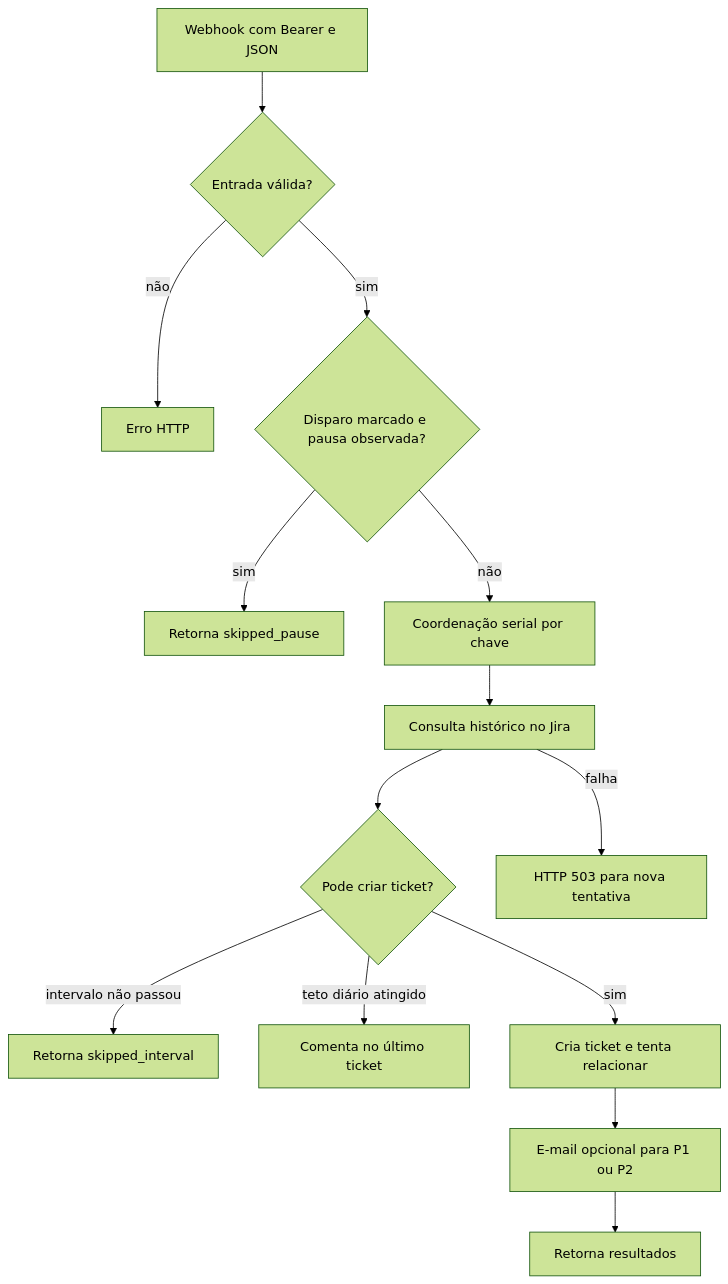
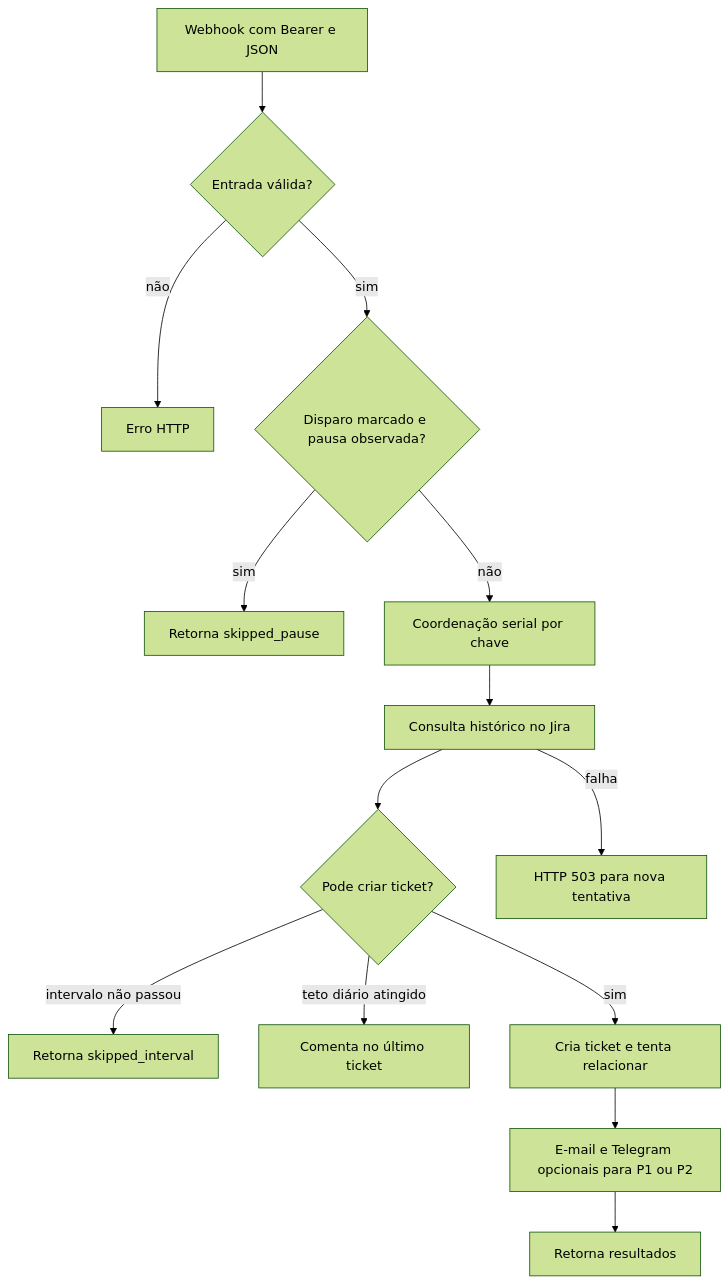
One commit to Solierrr/docs-warehouse changed the diagram in readme/repositories/worker-alerts/flows/ALERT_INGESTION.md. Above: the diagram before and after it, drawn with Mermaid (forest theme). The commit also changed other lines of this file and 8 other files, not shown here.

````diff
--- a/readme/repositories/worker-alerts/flows/ALERT_INGESTION.md
+++ b/readme/repositories/worker-alerts/flows/ALERT_INGESTION.md
@@ -9,16 +9,16 @@
 ```mermaid
 flowchart TD
  A[Webhook com Bearer e JSON] --> B{Entrada válida?}
  B -->|não| E[Erro HTTP]
  B -->|sim| P{Disparo marcado e pausa observada?}
  P -->|sim| S[Retorna skipped_pause]
  P -->|não| D[Coordenação serial por chave]
  D --> J[Consulta histórico no Jira]
  J --> L{Pode criar ticket?}
  L -->|intervalo não passou| I[Retorna skipped_interval]
  L -->|teto diário atingido| C[Comenta no último ticket]
  L -->|sim| N[Cria ticket e tenta relacionar]
- N --> M[E-mail opcional para P1 ou P2]
+ N --> M[E-mail e Telegram opcionais para P1 ou P2]
  M --> R[Retorna resultados]
  J -->|falha| F[HTTP 503 para nova tentativa]
 ```
````
